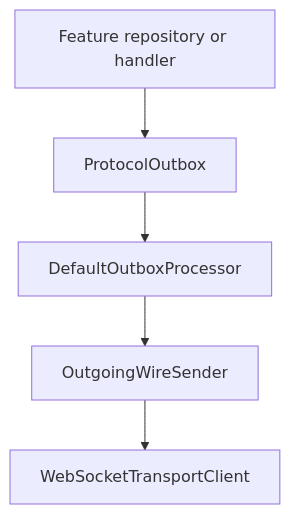
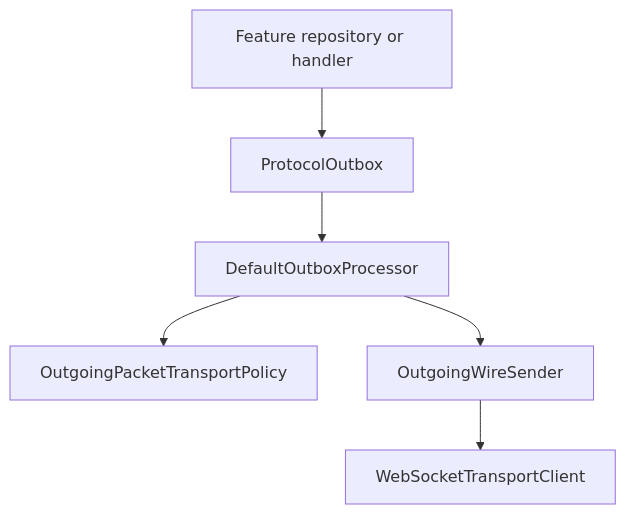
The second of 3 diagrams in docs/architecture/messaging-boundary.md (cbgm/SecureChat), drawn with Mermaid before and after one commit. The commit also changed other lines of this file and 30 other files, not shown here.

Commit message:
Update message flow + docu

````diff
--- a/docs/architecture/messaging-boundary.md
+++ b/docs/architecture/messaging-boundary.md
@@ -59,7 +59,8 @@
 ```mermaid
 flowchart TD
     Feature["Feature repository or handler"] --> Outbox["ProtocolOutbox"]
     Outbox --> Processor["DefaultOutboxProcessor"]
+    Processor --> Policy["OutgoingPacketTransportPolicy"]
     Processor --> Wire["OutgoingWireSender"]
     Wire --> WebSocket["WebSocketTransportClient"]
 ```
````
